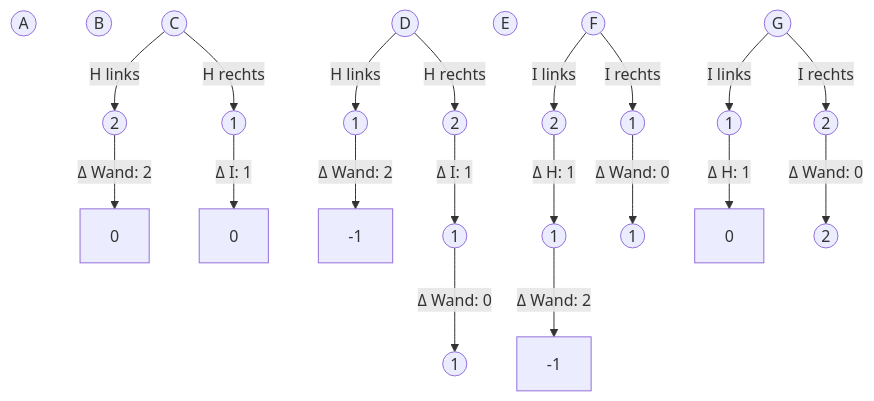
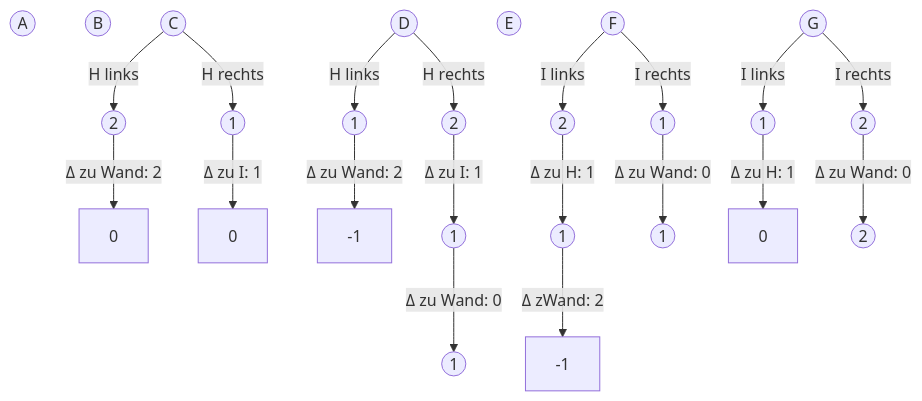
One commit to finn-rudolph/bwinf2021-1 changed the diagram in schiebeparkplatz.md. Above: the diagram before and after it, drawn with Mermaid. The commit also changed other lines of this file, not shown here.

````diff
--- a/schiebeparkplatz.md
+++ b/schiebeparkplatz.md
@@ -23,27 +23,27 @@
 ```mermaid
 flowchart TB
 
 11((A))
 12((B))
 13((C)) -->|H links| 23((2))
 13 		-->|H rechts| 24((1))	
 14((D)) -->|H links| 25((1))
 14 		-->|H rechts| 26((2))
 15((E))
 16((F)) -->|I links| 28((2))
 16		-->|I rechts| 29((1))	
 17((G)) -->|I links| 210((1))
 17		-->|I rechts| 211((2))	
 
-23 		-->|"&Delta;" Wand: 2| 31[0]
-24 		-->|"&Delta;" I: 1| 32[0]
-25		-->|"&Delta;" Wand: 2| 33[-1]
-26		-->|"&Delta;" I: 1| 34((1))
-28		-->|"&Delta;" H: 1| 35((1))
-29		-->|"&Delta;" Wand: 0| 36((1))
-210		-->|"&Delta;" H: 1| 37[0]
-211		-->|"&Delta;" Wand: 0| 38((2))
+23 		-->|"&Delta;" zu Wand: 2| 31[0]
+24 		-->|"&Delta;" zu I: 1| 32[0]
+25		-->|"&Delta;" zu Wand: 2| 33[-1]
+26		-->|"&Delta;" zu I: 1| 34((1))
+28		-->|"&Delta;" zu H: 1| 35((1))
+29		-->|"&Delta;" zu Wand: 0| 36((1))
+210		-->|"&Delta;" zu H: 1| 37[0]
+211		-->|"&Delta;" zu Wand: 0| 38((2))
 
-34 		-->|"&Delta;" Wand: 0| 41((1))
-35		-->|"&Delta;" Wand: 2| 42[ -1]
+34 		-->|"&Delta;" zu Wand: 0| 41((1))
+35		-->|"&Delta;" zWand: 2| 42[ -1]
 ```
````
